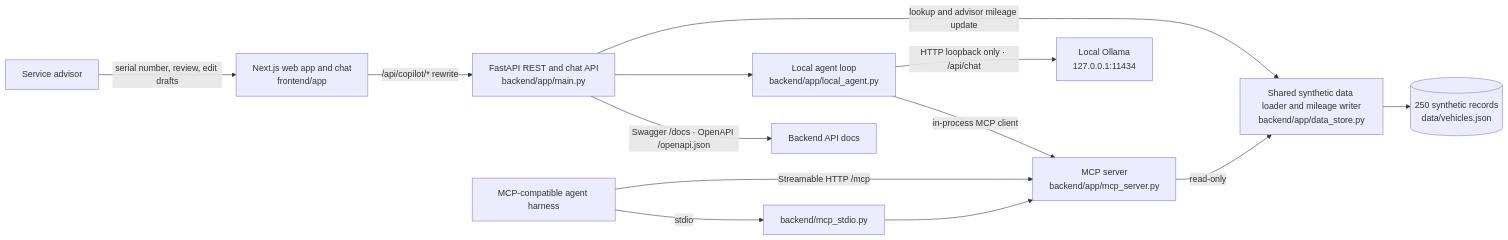
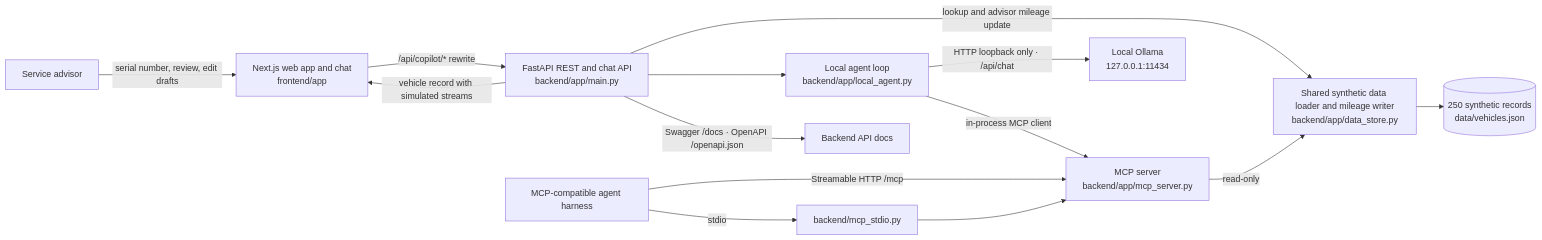
One commit to arsalanshakil-dev/service-lane-copilot changed the diagram in README.md. Above: the diagram before and after it, drawn with Mermaid. The commit also changed other lines of this file and 12 other files, not shown here.

````diff
--- a/README.md
+++ b/README.md
@@ -13,15 +13,16 @@
 ```mermaid
 flowchart LR
     Advisor[Service advisor] -->|serial number, review, edit drafts| Web[Next.js web app and chat\nfrontend/app]
     Web -->|/api/copilot/* rewrite| API[FastAPI REST and chat API\nbackend/app/main.py]
     API -->|lookup and advisor mileage update| Store[Shared synthetic data loader and mileage writer\nbackend/app/data_store.py]
+    API -->|vehicle record with simulated streams| Web
     Store --> Data[(250 synthetic records\ndata/vehicles.json)]
     API --> Agent[Local agent loop\nbackend/app/local_agent.py]
     Agent -->|HTTP loopback only · /api/chat| Ollama[Local Ollama\n127.0.0.1:11434]
     Agent -->|in-process MCP client| MCP
     Harness[MCP-compatible agent harness] -->|Streamable HTTP /mcp| MCP[MCP server\nbackend/app/mcp_server.py]
     Harness -->|stdio| Launcher[backend/mcp_stdio.py]
     Launcher --> MCP
     MCP -->|read-only| Store
     API -->|Swagger /docs · OpenAPI /openapi.json| Docs[Backend API docs]
 ```
````
